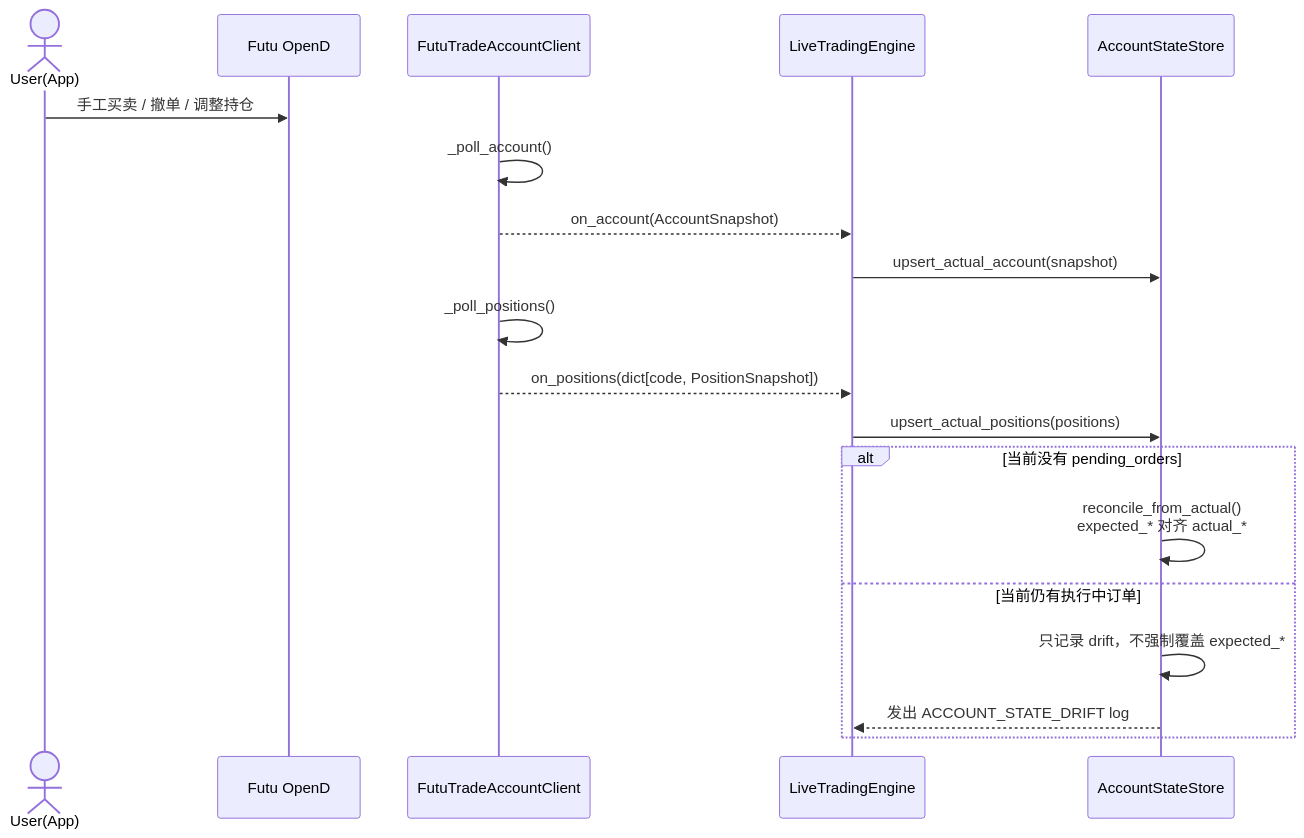
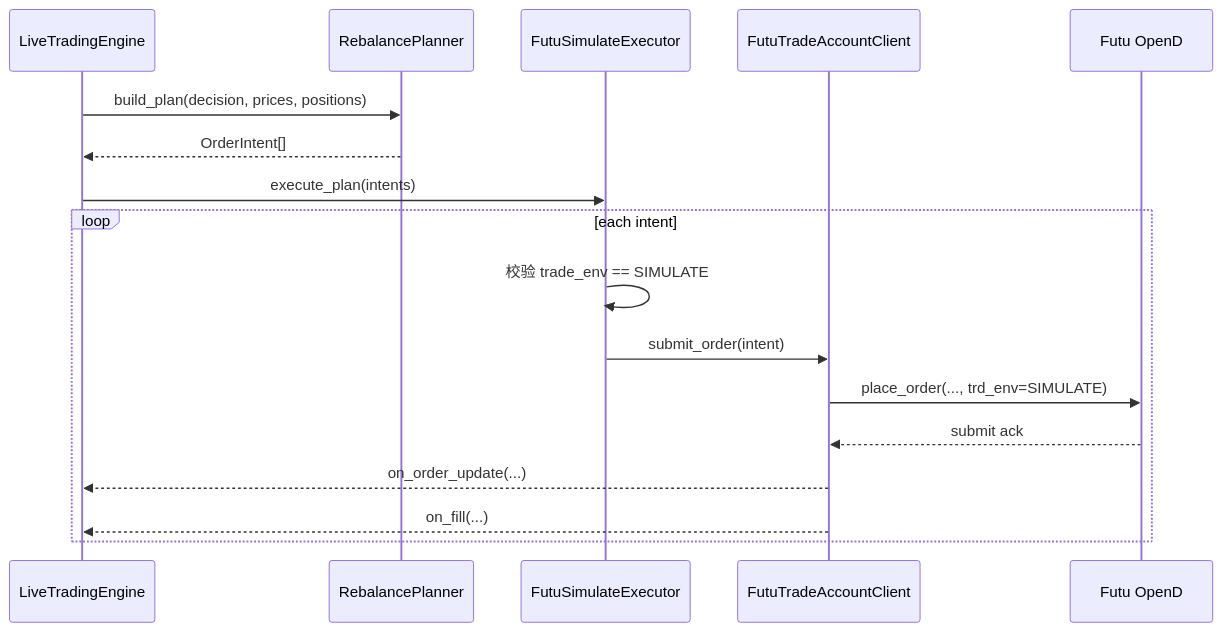
One commit to hangchow/backtest changed the fourth of 5 diagrams in docs/README_livetrading_real_order_plan.md. Above: the diagram before and after it, drawn with Mermaid. The commit also changed other lines of this file, not shown here.

Commit message:
docs: update livetrading order execution plan

````diff
--- a/docs/README_livetrading_real_order_plan.md
+++ b/docs/README_livetrading_real_order_plan.md
@@ -523,24 +422,21 @@
 ```mermaid
 sequenceDiagram
-    actor U as User(App)
+    participant ENG as LiveTradingEngine
+    participant PLAN as RebalancePlanner
+    participant EXE as FutuSimulateExecutor
+    participant TAC as FutuTradeAccountClient
     participant FUTU as Futu OpenD
-    participant TAC as FutuTradeAccountClient
-    participant ENG as LiveTradingEngine
-    participant STORE as AccountStateStore
 
-    U->>FUTU: 手工买卖 / 撤单 / 调整持仓
-    TAC->>TAC: _poll_account()
-    TAC-->>ENG: on_account(AccountSnapshot)
-    ENG->>STORE: upsert_actual_account(snapshot)
+    ENG->>PLAN: build_plan(decision, prices, positions)
+    PLAN-->>ENG: OrderIntent[]
+    ENG->>EXE: execute_plan(intents)
 
-    TAC->>TAC: _poll_positions()
-    TAC-->>ENG: on_positions(dict[code, PositionSnapshot])
-    ENG->>STORE: upsert_actual_positions(positions)
-
-    alt 当前没有 pending_orders
-        STORE->>STORE: reconcile_from_actual()<br/>expected_* 对齐 actual_*
-    else 当前仍有执行中订单
-        STORE->>STORE: 只记录 drift，不强制覆盖 expected_*
-        STORE-->>ENG: 发出 ACCOUNT_STATE_DRIFT log
+    loop each intent
+        EXE->>EXE: 校验 trade_env == SIMULATE
+        EXE->>TAC: submit_order(intent)
+        TAC->>FUTU: place_order(..., trd_env=SIMULATE)
+        FUTU-->>TAC: submit ack
+        TAC-->>ENG: on_order_update(...)
+        TAC-->>ENG: on_fill(...)
     end
 ```
````
